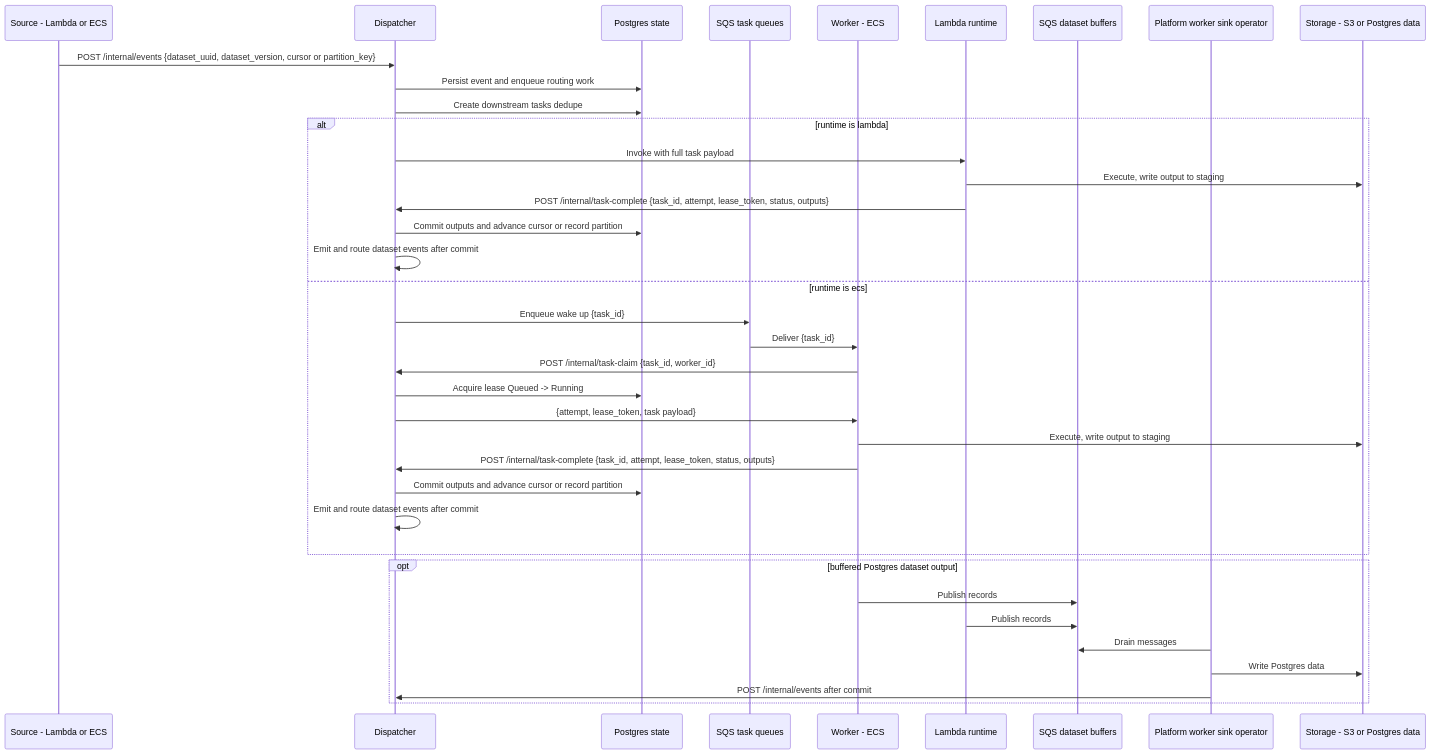
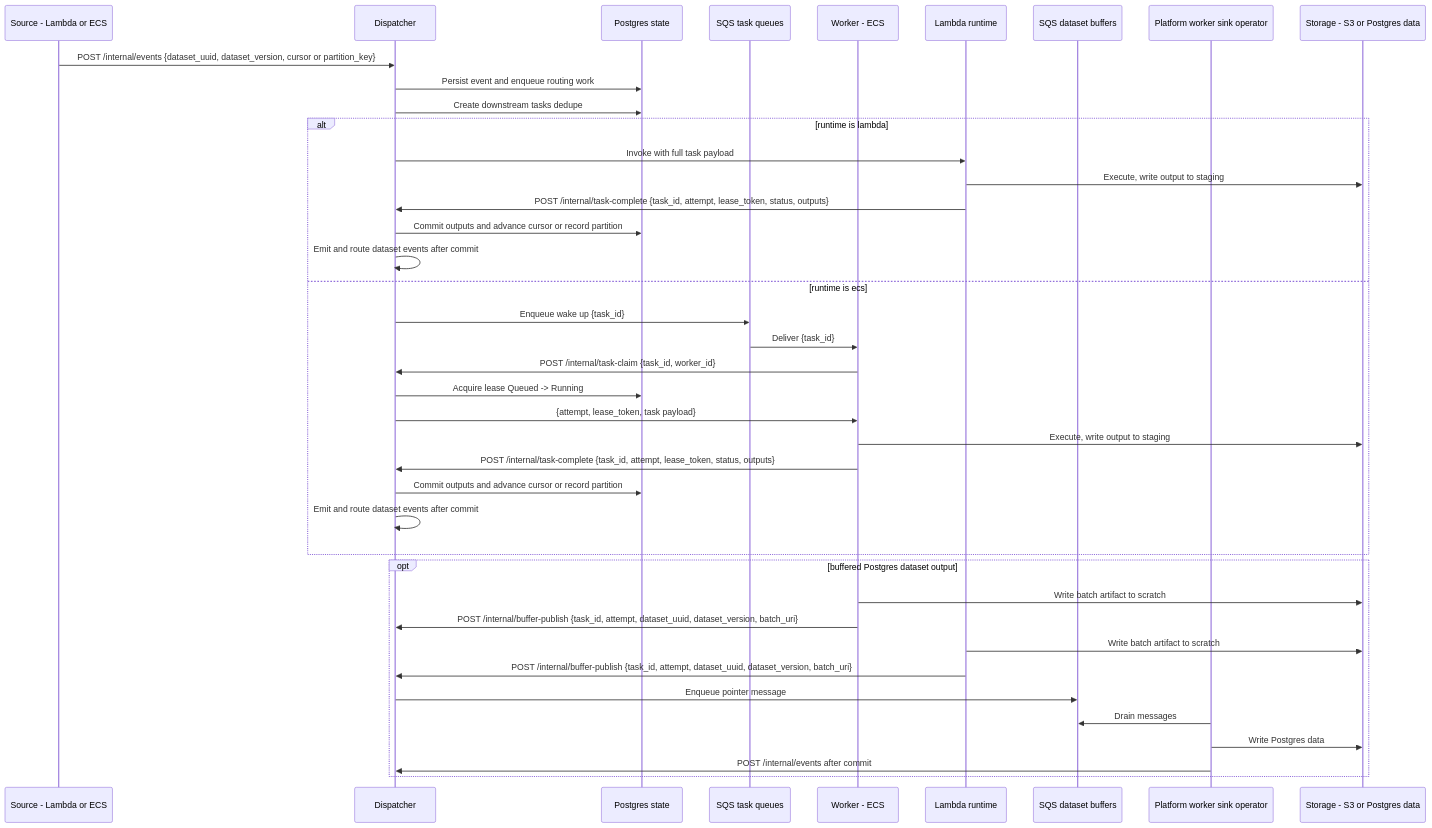
Before and after one commit to c7121/trace: the diagram in docs/architecture/event_flow.md, drawn with Mermaid. The commit also changed 16 other files, not shown here.

Commit message:
docs: enforce db boundaries, tighten buffered publish flow, and clarify lambda trust model

````diff
--- a/docs/architecture/event_flow.md
+++ b/docs/architecture/event_flow.md
@@ -5,41 +5,44 @@
 ```mermaid
 sequenceDiagram
     participant Src as Source - Lambda or ECS
     participant D as Dispatcher
     participant PG as Postgres state
     participant TaskQ as SQS task queues
     participant W as Worker - ECS
     participant L as Lambda runtime
     participant BufQ as SQS dataset buffers
     participant SinkW as Platform worker sink operator
     participant S as Storage - S3 or Postgres data
 
     Src->>D: POST /internal/events {dataset_uuid, dataset_version, cursor or partition_key}
     D->>PG: Persist event and enqueue routing work
     D->>PG: Create downstream tasks dedupe
     alt runtime is lambda
         D->>L: Invoke with full task payload
         L->>S: Execute, write output to staging
         L->>D: POST /internal/task-complete {task_id, attempt, lease_token, status, outputs}
         D->>PG: Commit outputs and advance cursor or record partition
         D->>D: Emit and route dataset events after commit
     else runtime is ecs
         D->>TaskQ: Enqueue wake up {task_id}
         TaskQ->>W: Deliver {task_id}
         W->>D: POST /internal/task-claim {task_id, worker_id}
         D->>PG: Acquire lease Queued -> Running
         D->>W: {attempt, lease_token, task payload}
         W->>S: Execute, write output to staging
         W->>D: POST /internal/task-complete {task_id, attempt, lease_token, status, outputs}
         D->>PG: Commit outputs and advance cursor or record partition
         D->>D: Emit and route dataset events after commit
     end
 
     opt buffered Postgres dataset output
-        W->>BufQ: Publish records
-        L->>BufQ: Publish records
+        W->>S: Write batch artifact to scratch
+        W->>D: POST /internal/buffer-publish {task_id, attempt, dataset_uuid, dataset_version, batch_uri}
+        L->>S: Write batch artifact to scratch
+        L->>D: POST /internal/buffer-publish {task_id, attempt, dataset_uuid, dataset_version, batch_uri}
+        D->>BufQ: Enqueue pointer message
         SinkW->>BufQ: Drain messages
         SinkW->>S: Write Postgres data
         SinkW->>D: POST /internal/events after commit
     end
 ```
````
